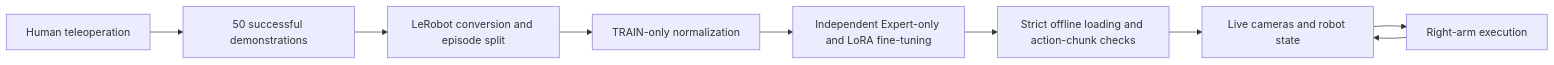
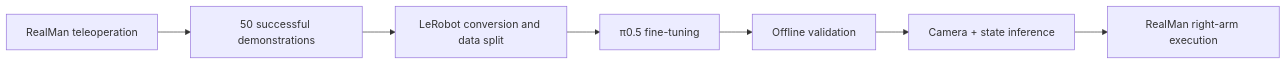
One commit to chao142857/realman-pi05-banana changed the diagram in README.md. Above: the diagram before and after it, drawn with Mermaid. The commit also changed other lines of this file, not shown here.

Commit message:
docs: highlight RealMan π0.5 deployment and simplify README

````diff
--- a/README.md
+++ b/README.md
@@ -30,11 +30,9 @@
 ```mermaid
 flowchart LR
-    A[Human teleoperation] --> B[50 successful demonstrations]
-    B --> C[LeRobot conversion and episode split]
-    C --> D[TRAIN-only normalization]
-    D --> E[Independent Expert-only and LoRA fine-tuning]
-    E --> F[Strict offline loading and action-chunk checks]
-    F --> G[Live cameras and robot state]
-    G --> H[Right-arm execution]
-    H --> G
+    A[RealMan teleoperation] --> B[50 successful demonstrations]
+    B --> C[LeRobot conversion and data split]
+    C --> D[π0.5 fine-tuning]
+    D --> E[Offline validation]
+    E --> F[Camera + state inference]
+    F --> G[RealMan right-arm execution]
 ```
````
